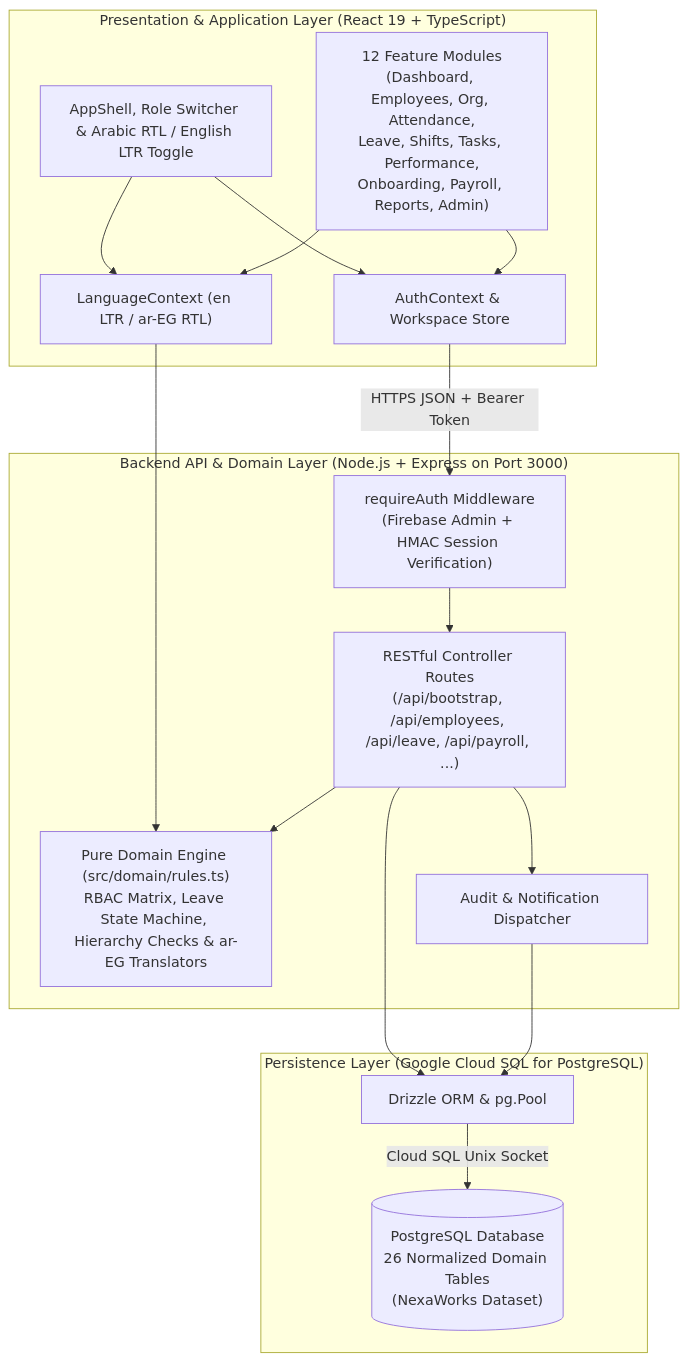
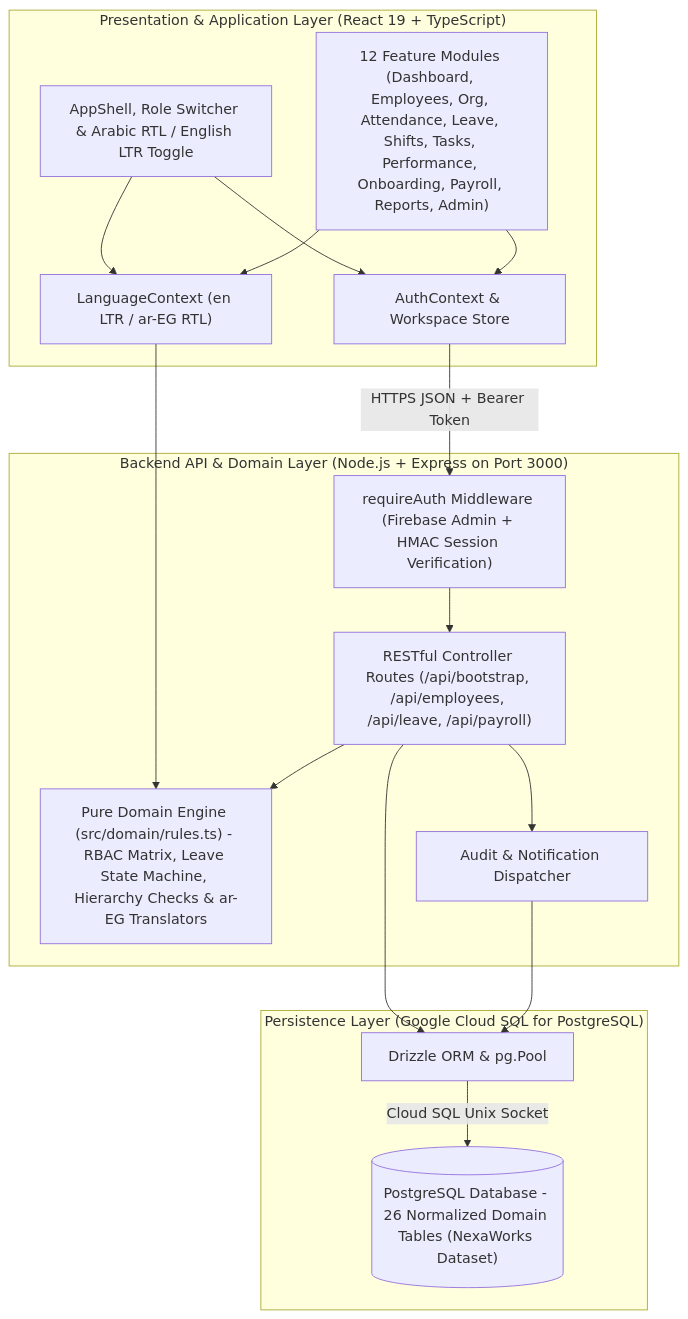
One commit to IbrahimAbdelsattar/employee-management-system changed the diagram in docs/uml/component-architecture.mmd. Above: the diagram before and after it, drawn with Mermaid. The commit also changed 1 other file, not shown here.

Commit message:
docs: clean up UML diagram and README documentation
Simplify text labels in the component architecture diagram and streamline documentation links in the README for better readability.

```diff
--- a/docs/uml/component-architecture.mmd
+++ b/docs/uml/component-architecture.mmd
@@ -1,32 +1,32 @@
 flowchart TB
     subgraph Client["Presentation & Application Layer (React 19 + TypeScript)"]
         UI_Shell["AppShell, Role Switcher & Arabic RTL / English LTR Toggle"]
-        UI_Pages["12 Feature Modules\n(Dashboard, Employees, Org, Attendance,\nLeave, Shifts, Tasks, Performance,\nOnboarding, Payroll, Reports, Admin)"]
+        UI_Pages["12 Feature Modules (Dashboard, Employees, Org, Attendance, Leave, Shifts, Tasks, Performance, Onboarding, Payroll, Reports, Admin)"]
         AuthCtx["AuthContext & Workspace Store"]
         LangCtx["LanguageContext (en LTR / ar-EG RTL)"]
     end
 
     subgraph Server["Backend API & Domain Layer (Node.js + Express on Port 3000)"]
-        AuthMW["requireAuth Middleware\n(Firebase Admin + HMAC Session Verification)"]
-        API_Routes["RESTful Controller Routes\n(/api/bootstrap, /api/employees, /api/leave, /api/payroll, ...)"]
-        DomainRules["Pure Domain Engine (src/domain/rules.ts)\nRBAC Matrix, Leave State Machine, Hierarchy Checks & ar-EG Translators"]
+        AuthMW["requireAuth Middleware (Firebase Admin + HMAC Session Verification)"]
+        API_Routes["RESTful Controller Routes (/api/bootstrap, /api/employees, /api/leave, /api/payroll)"]
+        DomainRules["Pure Domain Engine (src/domain/rules.ts) - RBAC Matrix, Leave State Machine, Hierarchy Checks & ar-EG Translators"]
         AuditSvc["Audit & Notification Dispatcher"]
     end
 
     subgraph Persistence["Persistence Layer (Google Cloud SQL for PostgreSQL)"]
         Drizzle["Drizzle ORM & pg.Pool"]
-        PG[("PostgreSQL Database\n26 Normalized Domain Tables\n(NexaWorks Dataset)")]
+        PG[("PostgreSQL Database - 26 Normalized Domain Tables (NexaWorks Dataset)")]
     end
 
     UI_Shell --> AuthCtx
     UI_Shell --> LangCtx
     UI_Pages --> AuthCtx
     UI_Pages --> LangCtx
     LangCtx --> DomainRules
     AuthCtx -- "HTTPS JSON + Bearer Token" --> AuthMW
     AuthMW --> API_Routes
     API_Routes --> DomainRules
     API_Routes --> AuditSvc
     API_Routes --> Drizzle
     AuditSvc --> Drizzle
     Drizzle -- "Cloud SQL Unix Socket" --> PG
```
